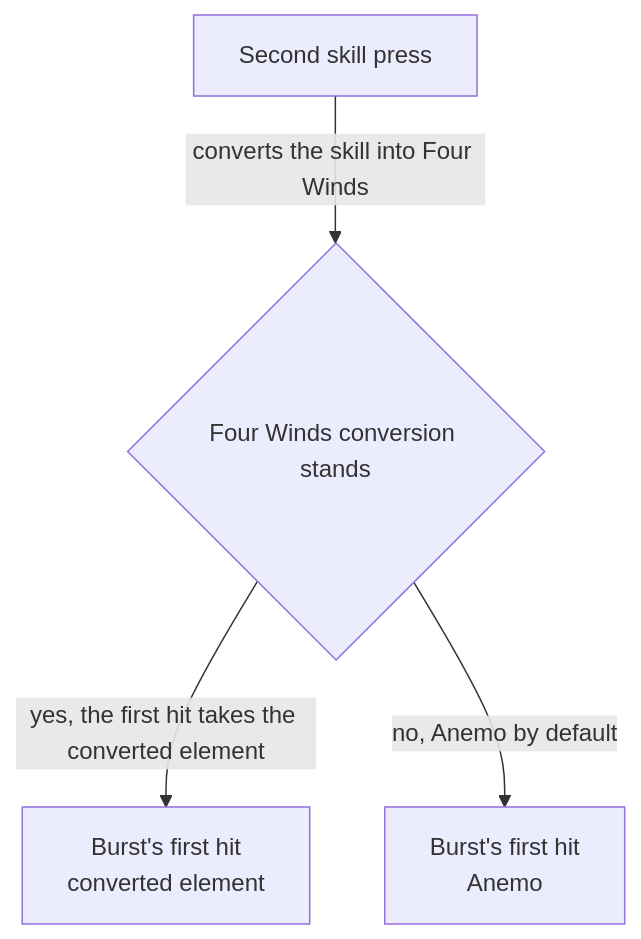
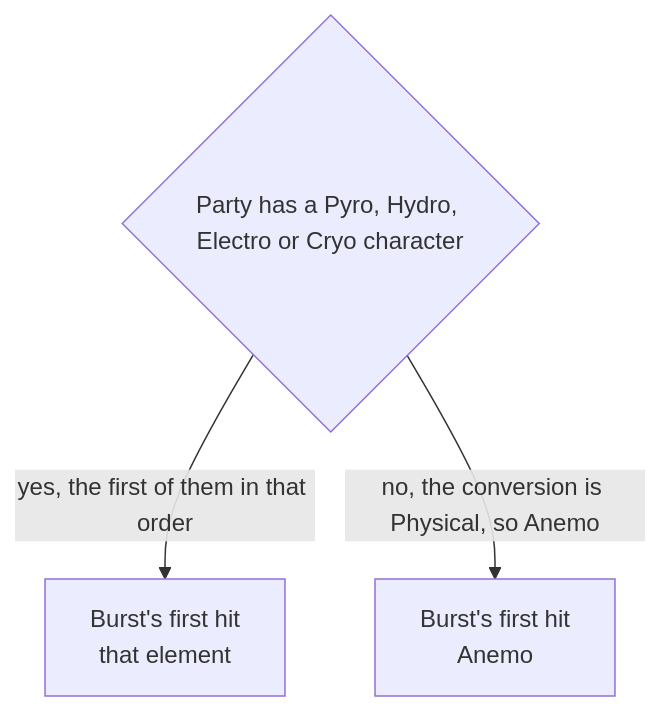
The diagram in openspec/specs/genshin/kits/varka/design.md (Esposter/Esposter), drawn with Mermaid before and after one commit. The commit also changed other lines of this file and 74 other files, not shown here.

````diff
--- a/openspec/specs/genshin/kits/varka/design.md
+++ b/openspec/specs/genshin/kits/varka/design.md
@@ -18,6 +18,5 @@
 ```mermaid
 flowchart TD
-  PRESS["Second skill press"] -- "converts the skill into Four Winds" --> STATE{"Four Winds conversion stands"}
-  STATE -- "yes, the first hit takes the converted element" --> ELEM["Burst's first hit<br/>converted element"]
-  STATE -- "no, Anemo by default" --> ANEMO["Burst's first hit<br/>Anemo"]
+  PARTY{"Party has a Pyro, Hydro, Electro or Cryo character"} -- "yes, the first of them in that order" --> ELEM["Burst's first hit<br/>that element"]
+  PARTY -- "no, the conversion is Physical, so Anemo" --> ANEMO["Burst's first hit<br/>Anemo"]
 ```
````
